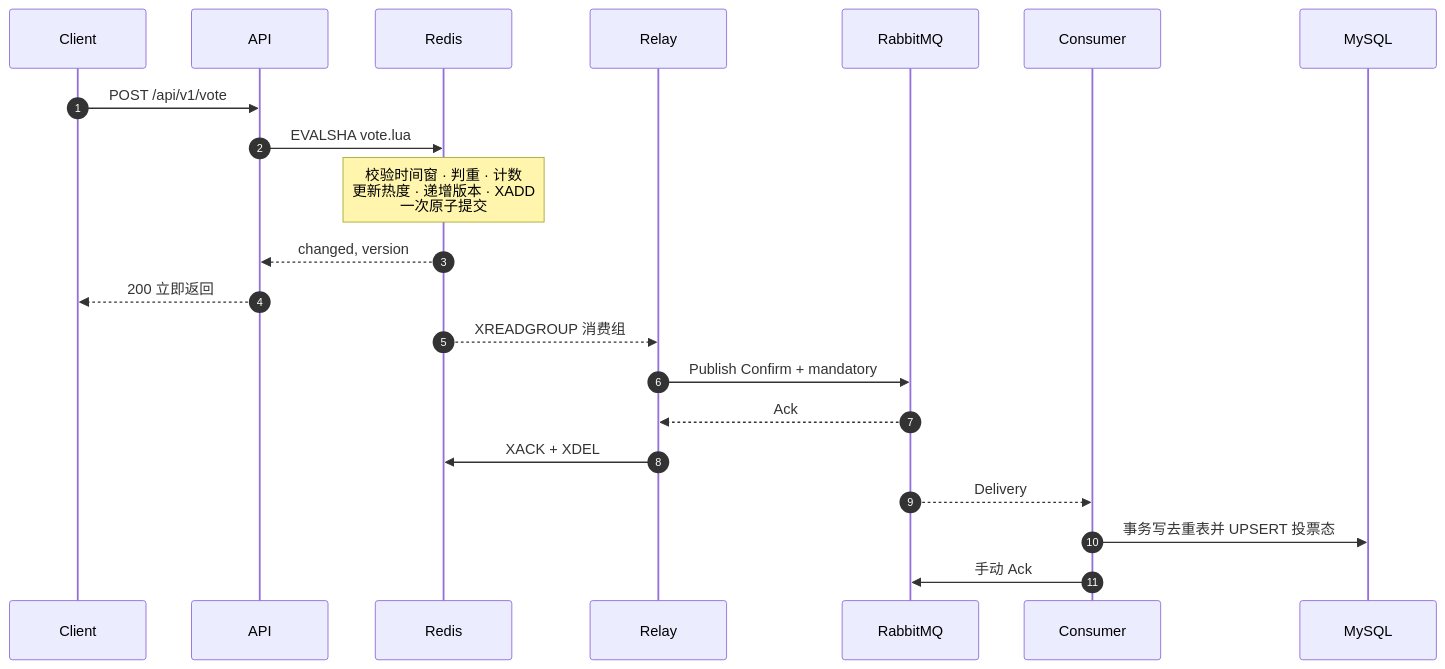
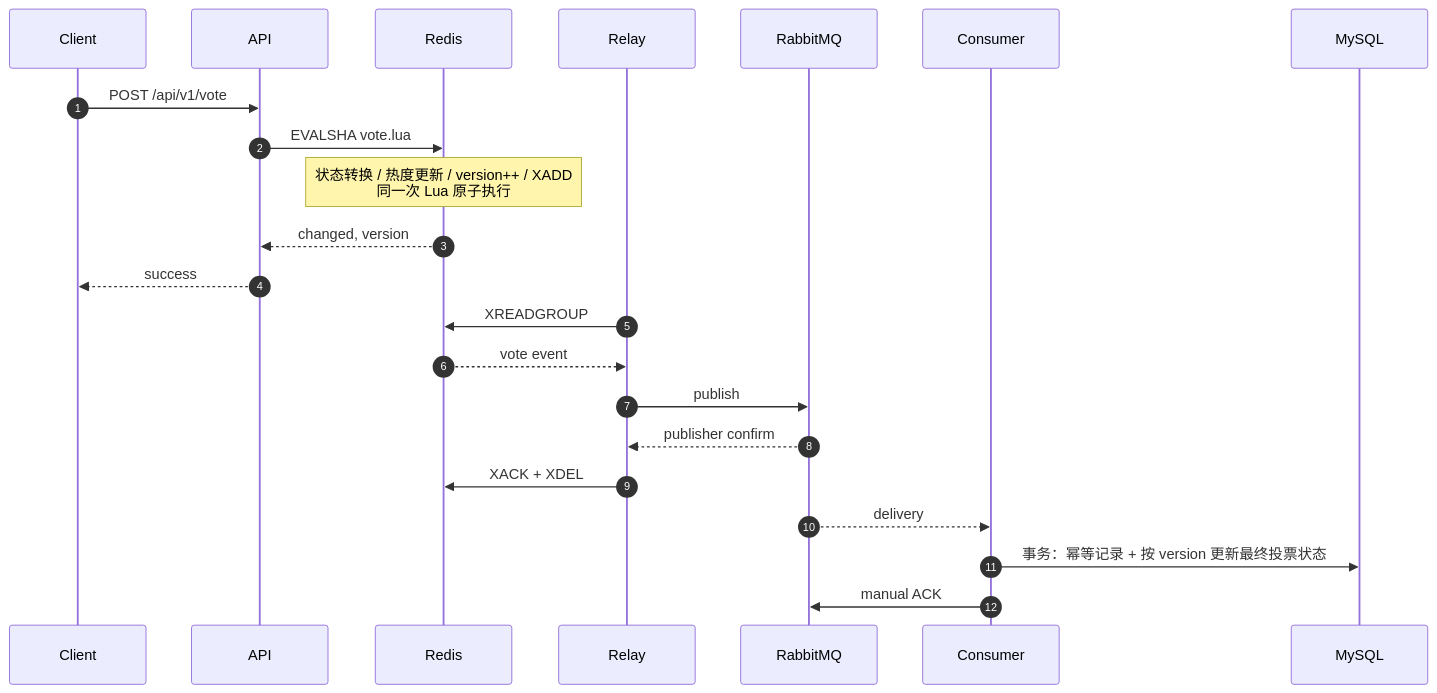
The second of 2 diagrams in README.md (scut2024hjt/convo), drawn with Mermaid before and after one commit. The commit also changed other lines of this file, not shown here.

````diff
--- a/README.md
+++ b/README.md
@@ -102,26 +41,27 @@
 ```mermaid
 sequenceDiagram
     autonumber
     participant C as Client
     participant A as API
     participant R as Redis
     participant Y as Relay
     participant Q as RabbitMQ
     participant W as Consumer
     participant M as MySQL
 
     C->>A: POST /api/v1/vote
     A->>R: EVALSHA vote.lua
-    Note over R: 校验时间窗 · 判重 · 计数<br/>更新热度 · 递增版本 · XADD<br/>一次原子提交
+    Note over R: 状态转换 / 热度更新 / version++ / XADD<br/>同一次 Lua 原子执行
     R-->>A: changed, version
-    A-->>C: 200 立即返回
+    A-->>C: success
 
-    R-->>Y: XREADGROUP 消费组
-    Y->>Q: Publish Confirm + mandatory
-    Q-->>Y: Ack
+    Y->>R: XREADGROUP
+    R-->>Y: vote event
+    Y->>Q: publish
+    Q-->>Y: publisher confirm
     Y->>R: XACK + XDEL
 
-    Q-->>W: Delivery
-    W->>M: 事务写去重表并 UPSERT 投票态
-    W->>Q: 手动 Ack
+    Q-->>W: delivery
+    W->>M: 事务：幂等记录 + 按 version 更新最终投票状态
+    W->>Q: manual ACK
 ```
````
